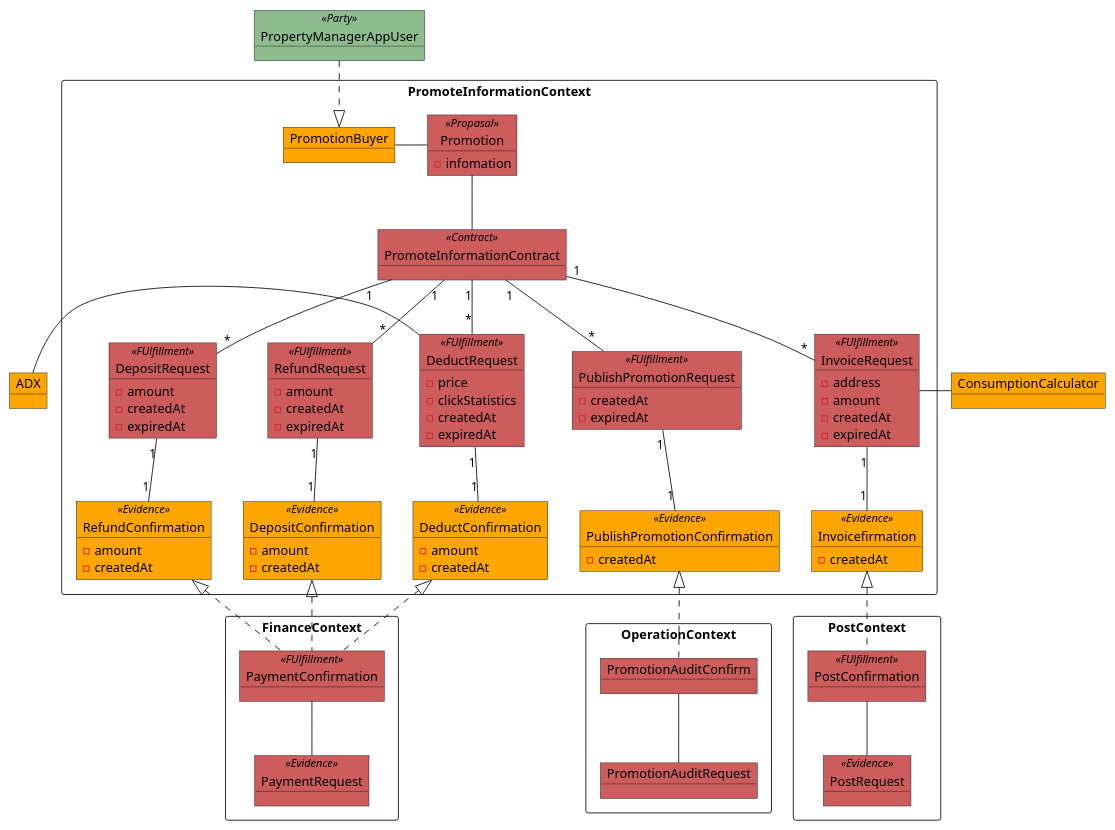
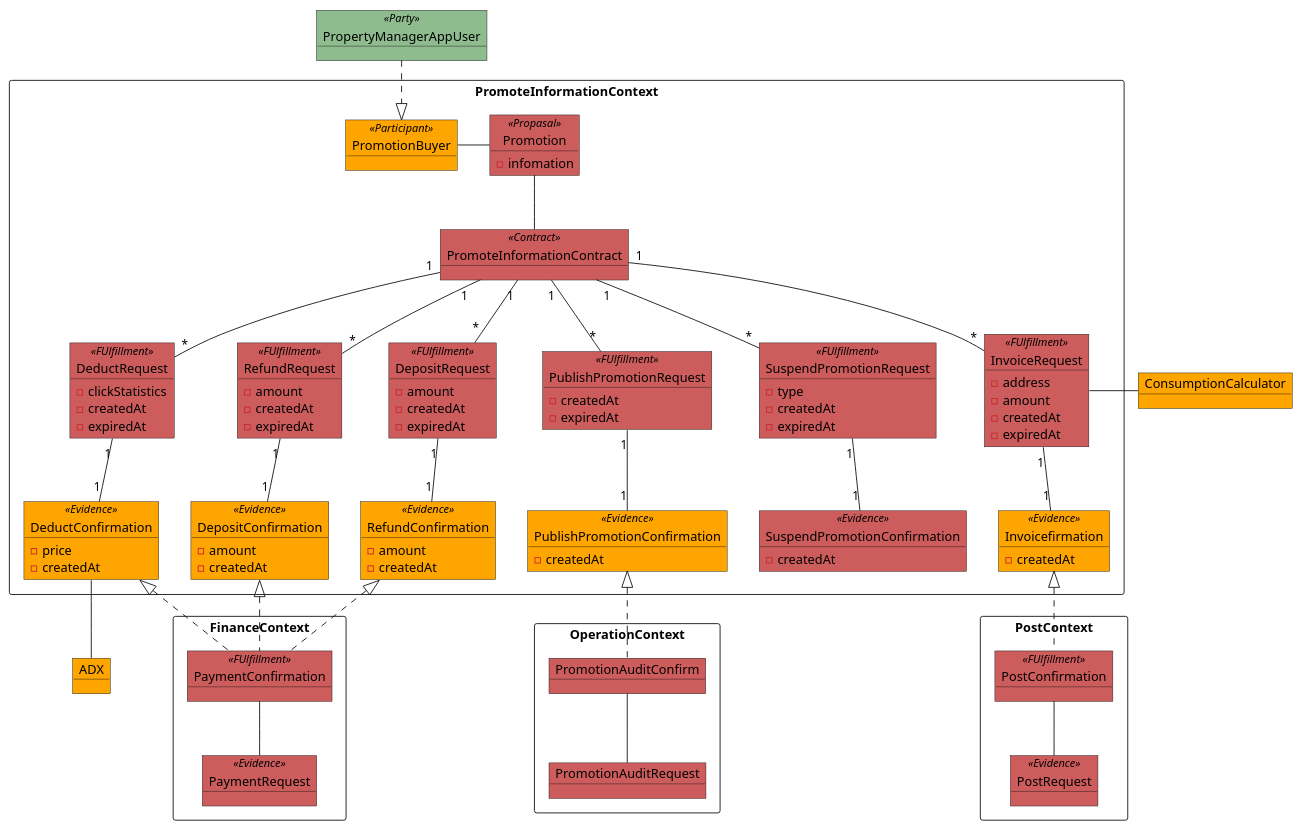
One commit to scglwsj/seele changed the third of 3 diagrams in 8x/thought_tenement.puml. Above: the diagram before and after it, drawn with PlantUML. The commit also changed other lines of this file, not shown here.

```diff
--- a/8x/thought_tenement.puml
+++ b/8x/thought_tenement.puml
@@ -137,111 +185,124 @@
 @startuml promote_information
 package PromoteInformationContext <<Rectangle>> {
-  object PromotionBuyer #Orange
+  object PromotionBuyer <<Participant>> #Orange
   object PromoteInformationContract <<Contract>> #IndianRed
 
   object Promotion <<Propasal>> #IndianRed {
     - infomation
   }
 
   object DeductRequest <<FUlfillment>> #IndianRed {
-    - price
     - clickStatistics
     - createdAt
     - expiredAt
   }
 
   object DeductConfirmation<<Evidence>> #Orange {
-    - amount
+    - price
     - createdAt
   }
 
   object DepositRequest<<FUlfillment>> #IndianRed {
     - amount
     - createdAt
     - expiredAt
   }
 
   object DepositConfirmation<<Evidence>> #Orange {
     - amount
     - createdAt
   }
 
   object RefundRequest<<FUlfillment>> #IndianRed {
     - amount
     - createdAt
     - expiredAt
   }
 
   object RefundConfirmation<<Evidence>> #Orange {
     - amount
     - createdAt
   }
 
   object PublishPromotionRequest <<FUlfillment>> #IndianRed {
     - createdAt
     - expiredAt
   }
 
   object PublishPromotionConfirmation<<Evidence>> #Orange {
     - createdAt
   }
 
+  object SuspendPromotionRequest <<FUlfillment>> #IndianRed {
+    - type
+    - createdAt
+    - expiredAt
+  }
+
+  object SuspendPromotionConfirmation<<Evidence>> #IndianRed {
+    - createdAt
+  }
+
   object InvoiceRequest <<FUlfillment>> #IndianRed {
     - address
     - amount
     - createdAt
     - expiredAt
   }
 
   object Invoicefirmation<<Evidence>> #Orange {
     - createdAt
   }
 
   PromoteInformationContract "1" -- "*" DepositRequest
   RefundRequest "1" -- "1" DepositConfirmation
   PromoteInformationContract "1" -- "*" RefundRequest
   DepositRequest "1" -- "1" RefundConfirmation
   PromoteInformationContract "1" -- "*" PublishPromotionRequest
   PublishPromotionRequest "1" -- "1" PublishPromotionConfirmation
+  PromoteInformationContract "1" -- "*" SuspendPromotionRequest
+  SuspendPromotionRequest "1" -- "1" SuspendPromotionConfirmation
   PromoteInformationContract "1" -- "*" DeductRequest
   DeductRequest "1" -- "1" DeductConfirmation
+  PublishPromotionRequest -right[hidden]- SuspendPromotionRequest
+  SuspendPromotionRequest -right[hidden]- InvoiceRequest
   PromoteInformationContract "1" -- "*" InvoiceRequest
   InvoiceRequest "1" -- "1" Invoicefirmation
   Promotion -- PromoteInformationContract
   PromotionBuyer -right- Promotion
 }
 
 package FinanceContext <<Rectangle>> {
   object PaymentRequest <<Evidence>> #IndianRed
   object PaymentConfirmation <<FUlfillment>> #IndianRed
 
   PaymentConfirmation -- PaymentRequest
 }
 
 package PostContext <<Rectangle>> {
   object PostRequest <<Evidence>> #IndianRed
   object PostConfirmation <<FUlfillment>> #IndianRed
 
   PostConfirmation -- PostRequest
 }
 
 package OperationContext <<Rectangle>> {
   object PromotionAuditRequest #IndianRed
   object PromotionAuditConfirm #IndianRed
 
   PromotionAuditConfirm -- PromotionAuditRequest
 }
 
 object PropertyManagerAppUser <<Party>> #DarkSeaGreen
 object ConsumptionCalculator #Orange
 object ADX #Orange
 
 PropertyManagerAppUser ..^ PromotionBuyer
+DeductConfirmation ^.. PaymentConfirmation
 DepositConfirmation ^.. PaymentConfirmation
 RefundConfirmation ^.. PaymentConfirmation
-DeductConfirmation ^.. PaymentConfirmation
 InvoiceRequest -right- ConsumptionCalculator
-DeductRequest -left- ADX
+DeductConfirmation -- ADX
 Invoicefirmation ^.. PostConfirmation
 PublishPromotionConfirmation ^.. PromotionAuditConfirm
 @enduml promote_information
```
